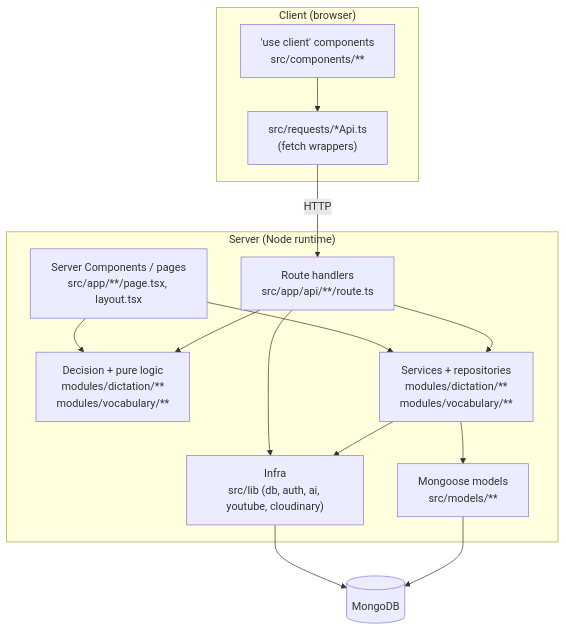
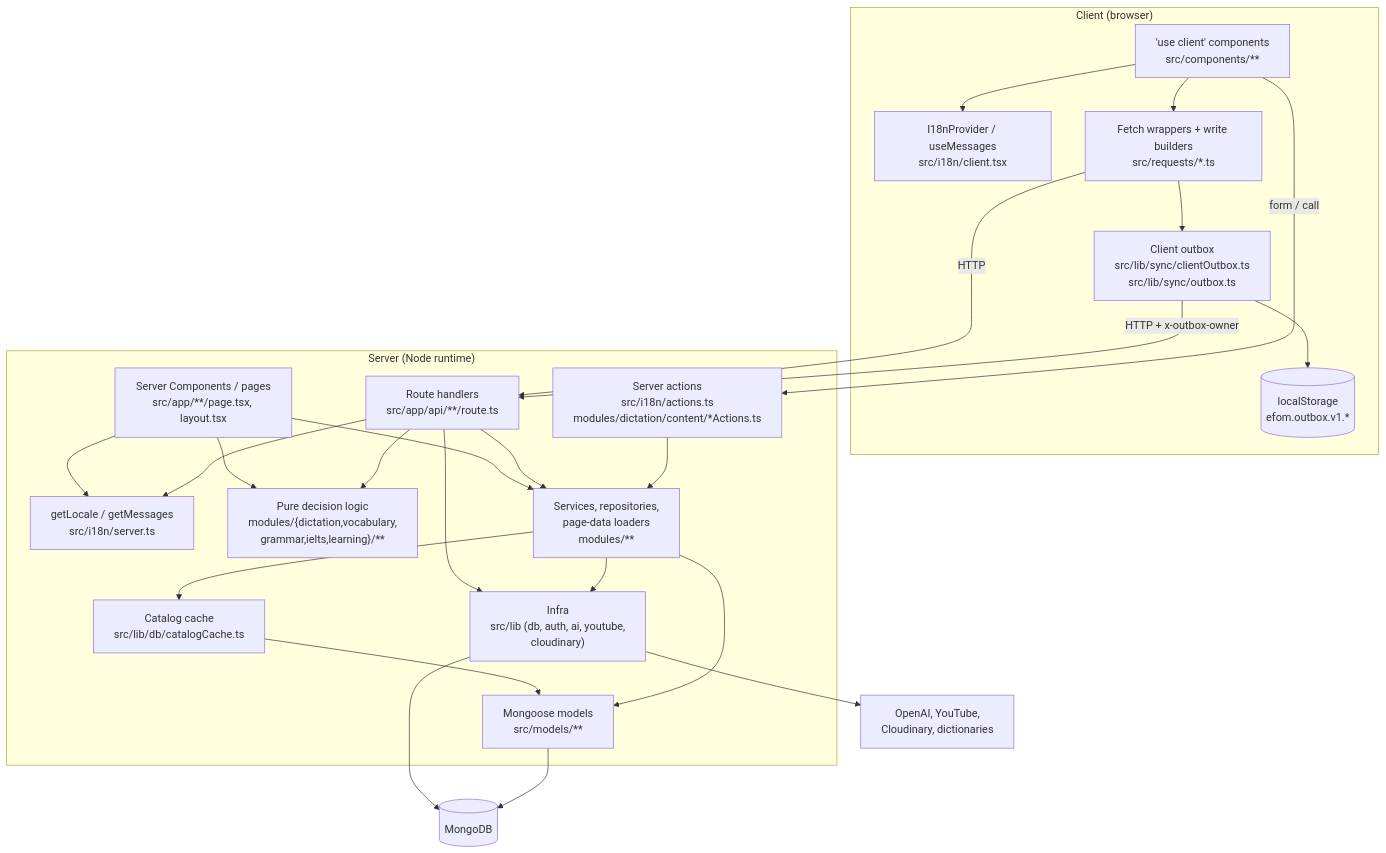
One commit to NaKMiers/English_For_Only_Me changed the first of 4 diagrams in docs/02-architecture.md. Above: the diagram before and after it, drawn with Mermaid. The commit also changed other lines of this file and 12 other files, not shown here.

First line of the commit message:
docs: full sync with the code at 99d515a, plus grammar and IELTS docs

````diff
--- a/docs/02-architecture.md
+++ b/docs/02-architecture.md
@@ -119,28 +114,46 @@
 ```mermaid
 flowchart TD
   subgraph client["Client (browser)"]
     CC["'use client' components<br/>src/components/**"]
-    REQ["src/requests/*Api.ts<br/>(fetch wrappers)"]
+    I18C["I18nProvider / useMessages<br/>src/i18n/client.tsx"]
+    REQ["Fetch wrappers + write builders<br/>src/requests/*.ts"]
+    OBX["Client outbox<br/>src/lib/sync/clientOutbox.ts<br/>src/lib/sync/outbox.ts"]
+    LS[("localStorage<br/>efom.outbox.v1.*")]
   end
   subgraph server["Server (Node runtime)"]
     PAGE["Server Components / pages<br/>src/app/**/page.tsx, layout.tsx"]
+    ACT["Server actions<br/>src/i18n/actions.ts<br/>modules/dictation/content/*Actions.ts"]
     ROUTE["Route handlers<br/>src/app/api/**/route.ts"]
-    DEC["Decision + pure logic<br/>modules/dictation/**<br/>modules/vocabulary/**"]
-    SVC["Services + repositories<br/>modules/dictation/**<br/>modules/vocabulary/**"]
-    LIB["Infra<br/>src/lib (db, auth, ai, youtube, cloudinary)"]
+    I18S["getLocale / getMessages<br/>src/i18n/server.ts"]
+    DEC["Pure decision logic<br/>modules/{dictation,vocabulary,<br/>grammar,ielts,learning}/**"]
+    SVC["Services, repositories,<br/>page-data loaders<br/>modules/**"]
+    CACHE["Catalog cache<br/>src/lib/db/catalogCache.ts"]
+    LIB["Infra<br/>src/lib (db, auth, ai, youtube,<br/>cloudinary)"]
     MODEL["Mongoose models<br/>src/models/**"]
   end
   DB[("MongoDB")]
+  EXT["OpenAI, YouTube,<br/>Cloudinary, dictionaries"]
 
+  CC --> I18C
   CC --> REQ
+  REQ --> OBX
+  OBX --> LS
   REQ -->|HTTP| ROUTE
+  OBX -->|HTTP + x-outbox-owner| ROUTE
+  CC -->|form / call| ACT
+  PAGE --> I18S
   PAGE --> SVC
   PAGE --> DEC
+  ROUTE --> I18S
   ROUTE --> DEC
   ROUTE --> SVC
   ROUTE --> LIB
+  ACT --> SVC
+  SVC --> CACHE
+  CACHE --> MODEL
   SVC --> MODEL
   SVC --> LIB
+  LIB --> EXT
   LIB --> DB
   MODEL --> DB
 ```
````
